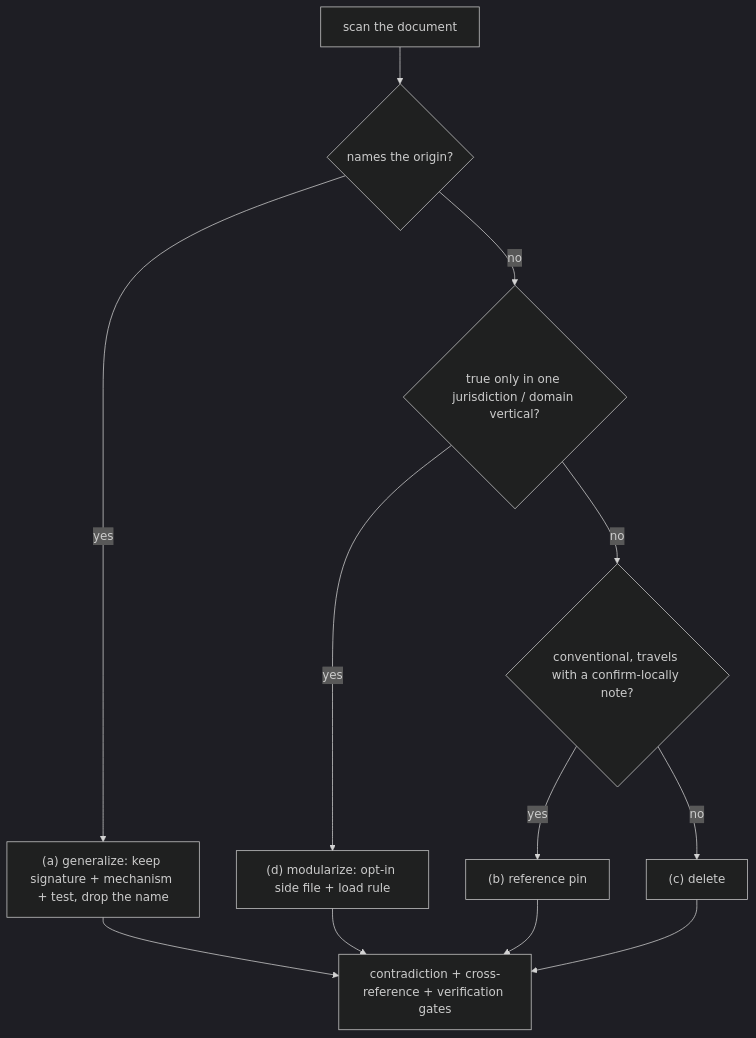
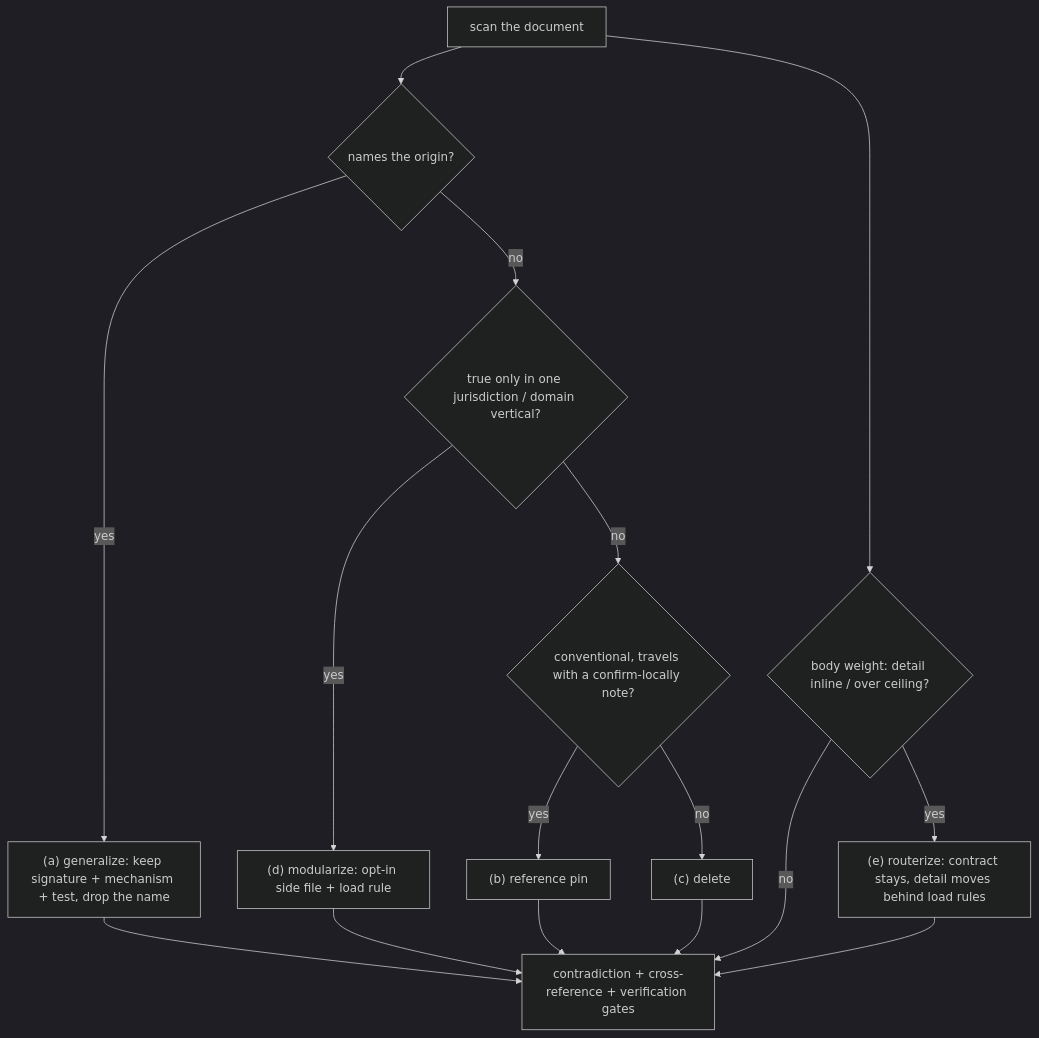
One commit to darellchua2/civiltekk-opencode-claude-skills changed the diagram in skills/skill-generalizer/SKILL.md. Above: the diagram before and after it, drawn with Mermaid (dark theme). The commit also changed other lines of this file and 2 other files, not shown here.

First line of the commit message:
feat(skills): implement Phase 1 — load-weight audit + description discipline

````diff
--- a/skills/skill-generalizer/SKILL.md
+++ b/skills/skill-generalizer/SKILL.md
@@ -30,14 +36,18 @@
 ```mermaid
 flowchart TD
     S["scan the document"] --> Q1{"names the origin?"}
     Q1 -- yes --> A["(a) generalize: keep signature + mechanism + test, drop the name"]
     Q1 -- no --> Q2{"true only in one jurisdiction / domain vertical?"}
     Q2 -- yes --> D["(d) modularize: opt-in side file + load rule"]
     Q2 -- no --> Q3{"conventional, travels with a confirm-locally note?"}
     Q3 -- yes --> B["(b) reference pin"]
     Q3 -- no --> C["(c) delete"]
     A --> V["contradiction + cross-reference + verification gates"]
     D --> V
     B --> V
     C --> V
+    S --> W{"body weight: detail inline / over ceiling?"}
+    W -- yes --> E["(e) routerize: contract stays, detail moves behind load rules"]
+    W -- no --> V
+    E --> V
 ```
````
